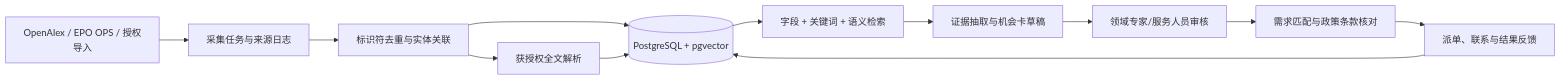
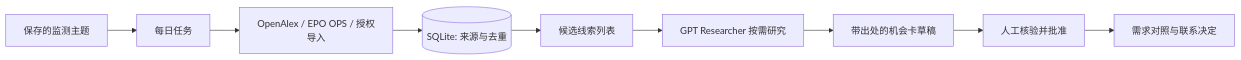
The diagram in docs/02_技术架构与数据.md (freshmakerzhao/innovation-scout), drawn with Mermaid before and after one commit. The commit also changed other lines of this file and 10 other files, not shown here.

````diff
--- a/docs/02_技术架构与数据.md
+++ b/docs/02_技术架构与数据.md
@@ -22,14 +39,11 @@
 ```mermaid
 flowchart LR
-    A[OpenAlex / EPO OPS / 授权导入] --> B[采集任务与来源日志]
-    B --> C[标识符去重与实体关联]
-    C --> D[(PostgreSQL + pgvector)]
-    C --> E[获授权全文解析]
-    E --> D
-    D --> F[字段 + 关键词 + 语义检索]
-    F --> G[证据抽取与机会卡草稿]
-    G --> H[领域专家/服务人员审核]
-    H --> I[需求匹配与政策条款核对]
-    I --> J[派单、联系与结果反馈]
-    J --> D
+    A[保存的监测主题] --> B[每日任务]
+    B --> C[OpenAlex / EPO OPS / 授权导入]
+    C --> D[(SQLite: 来源与去重)]
+    D --> E[候选线索列表]
+    E --> F[GPT Researcher 按需研究]
+    F --> G[带出处的机会卡草稿]
+    G --> H[人工核验并批准]
+    H --> I[需求对照与联系决定]
 ```
````
